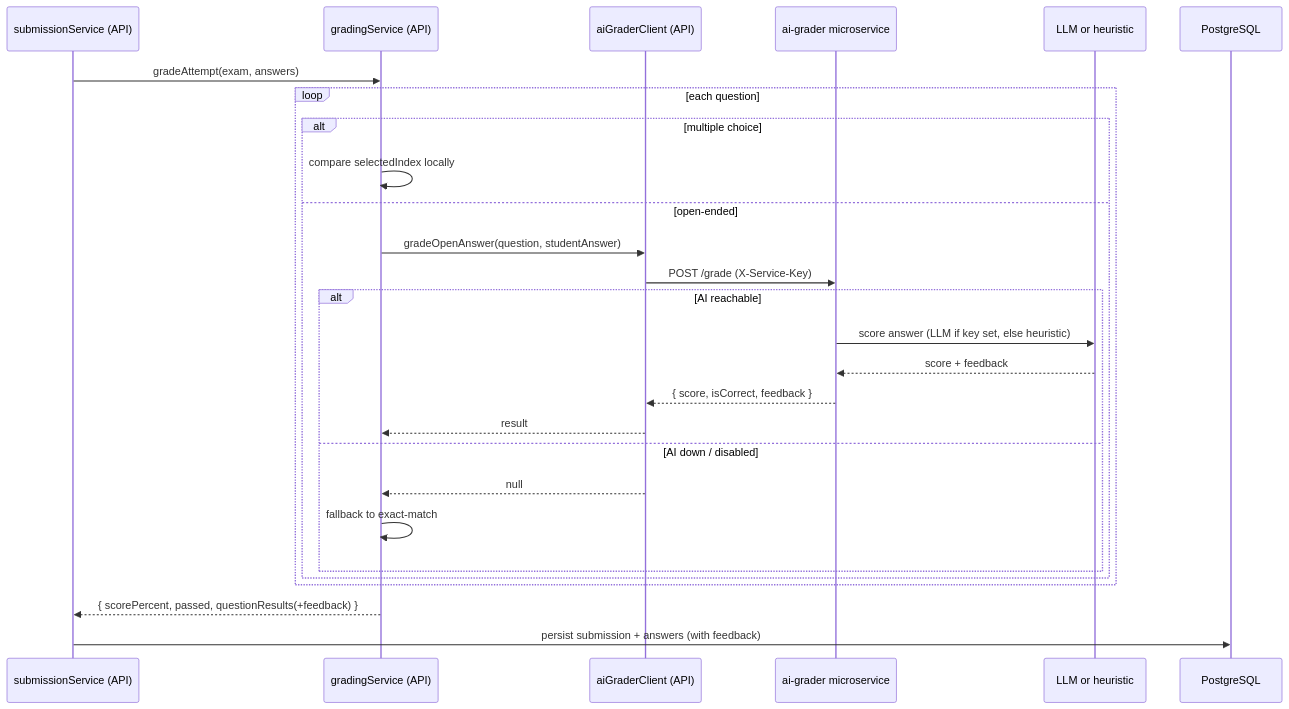
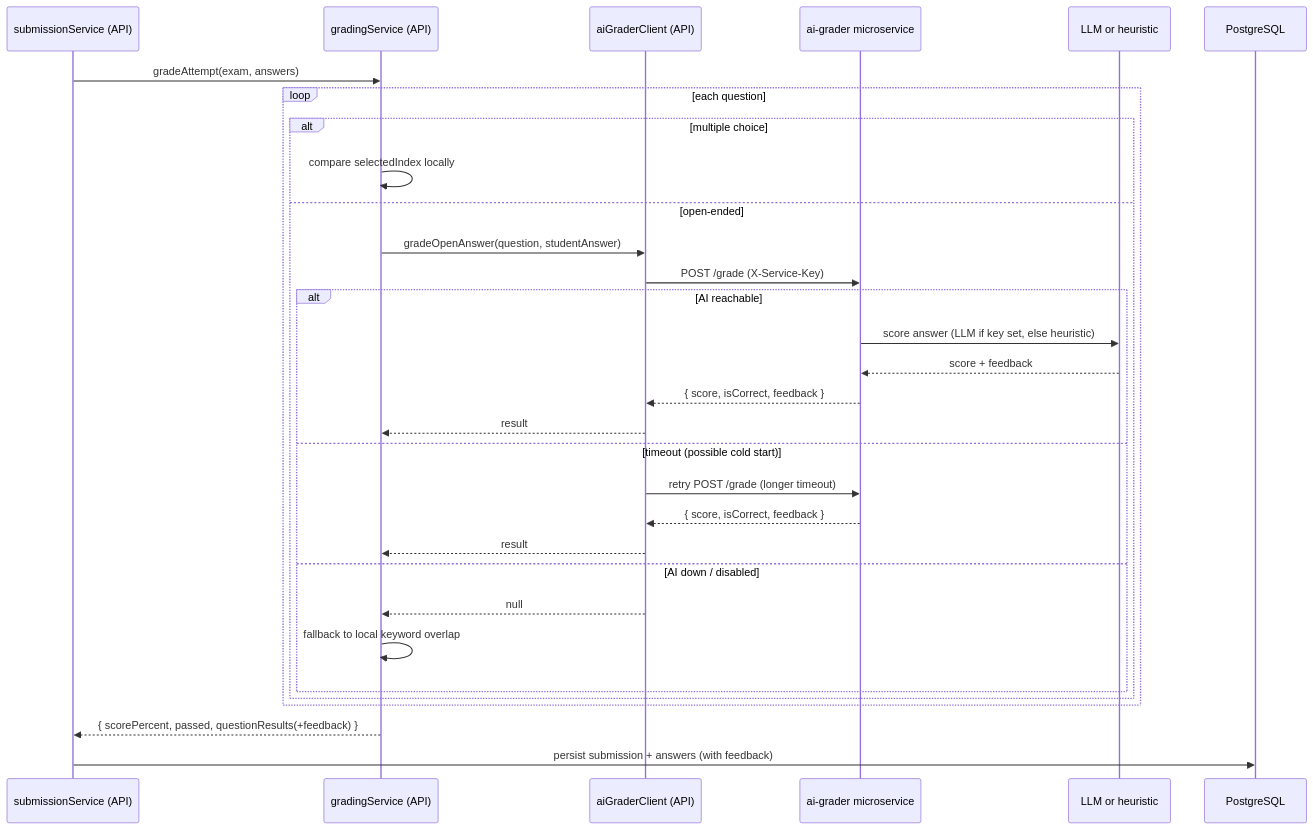
One commit to nronen29/React-fullstack-project changed the fourth of 4 diagrams in docs/sequence-diagrams.md. Above: the diagram before and after it, drawn with Mermaid. The commit also changed 9 other files, not shown here.

````diff
--- a/docs/sequence-diagrams.md
+++ b/docs/sequence-diagrams.md
@@ -113,30 +113,34 @@
 ```mermaid
 sequenceDiagram
   participant SVC as submissionService (API)
   participant GS as gradingService (API)
   participant AC as aiGraderClient (API)
   participant AI as ai-grader microservice
   participant LLM as LLM or heuristic
   participant DB as PostgreSQL
 
   SVC->>GS: gradeAttempt(exam, answers)
   loop each question
     alt multiple choice
       GS->>GS: compare selectedIndex locally
     else open-ended
       GS->>AC: gradeOpenAnswer(question, studentAnswer)
       AC->>AI: POST /grade (X-Service-Key)
       alt AI reachable
         AI->>LLM: score answer (LLM if key set, else heuristic)
         LLM-->>AI: score + feedback
         AI-->>AC: { score, isCorrect, feedback }
         AC-->>GS: result
+      else timeout (possible cold start)
+        AC->>AI: retry POST /grade (longer timeout)
+        AI-->>AC: { score, isCorrect, feedback }
+        AC-->>GS: result
       else AI down / disabled
         AC-->>GS: null
-        GS->>GS: fallback to exact-match
+        GS->>GS: fallback to local keyword overlap
       end
     end
   end
   GS-->>SVC: { scorePercent, passed, questionResults(+feedback) }
   SVC->>DB: persist submission + answers (with feedback)
 ```
````
